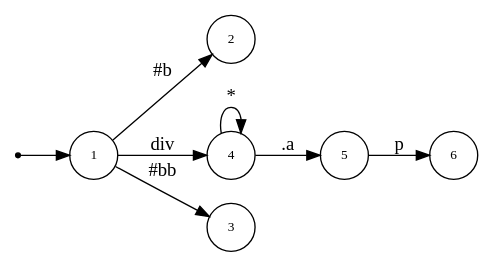
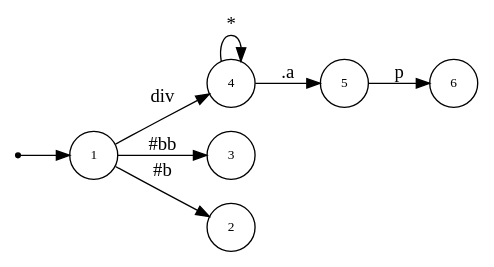
Before and after one commit to asukaminato0721/css-bitvector-compiler: the diagram in css-gen-op/testcase/dot_tri.dot, drawn with Graphviz. The commit also changed other lines of this file and 22 other files, not shown here.

```diff
--- a/css-gen-op/testcase/dot_tri.dot
+++ b/css-gen-op/testcase/dot_tri.dot
@@ -1,19 +1,19 @@
 digraph NFA {
   rankdir=LR;
   node [shape=circle, fontsize=10];
   __start [shape=point, label=""];
   __start -> 1;
-  2 [label="2"];
-  1 [label="1"];
-  4 [label="4"];
   6 [label="6"];
   5 [label="5"];
+  4 [label="4"];
   3 [label="3"];
+  1 [label="1"];
+  2 [label="2"];
   { node [shape=doublecircle]; 2 3 6 }
   1 -> 2 [label="#b"];
   1 -> 3 [label="#bb"];
   1 -> 4 [label="div"];
   4 -> 4 [label="*"];
   4 -> 5 [label=".a"];
   5 -> 6 [label="p"];
 }
```
